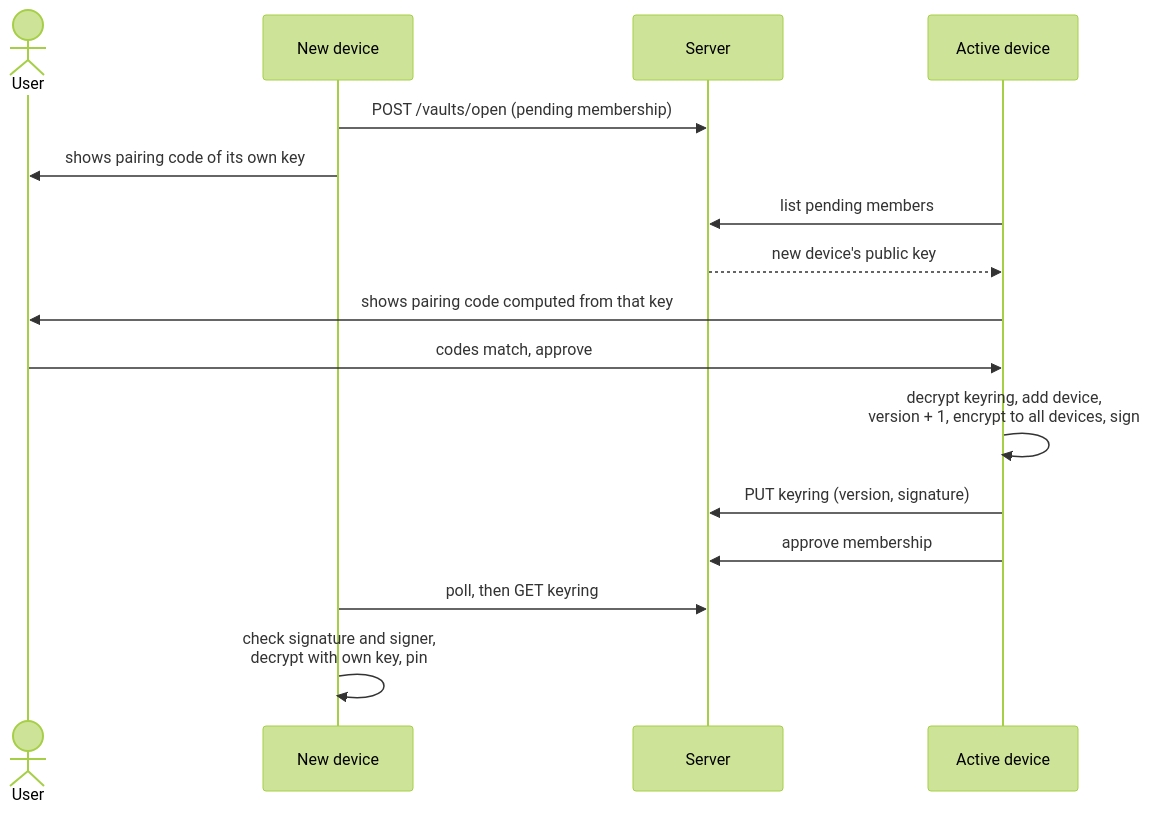
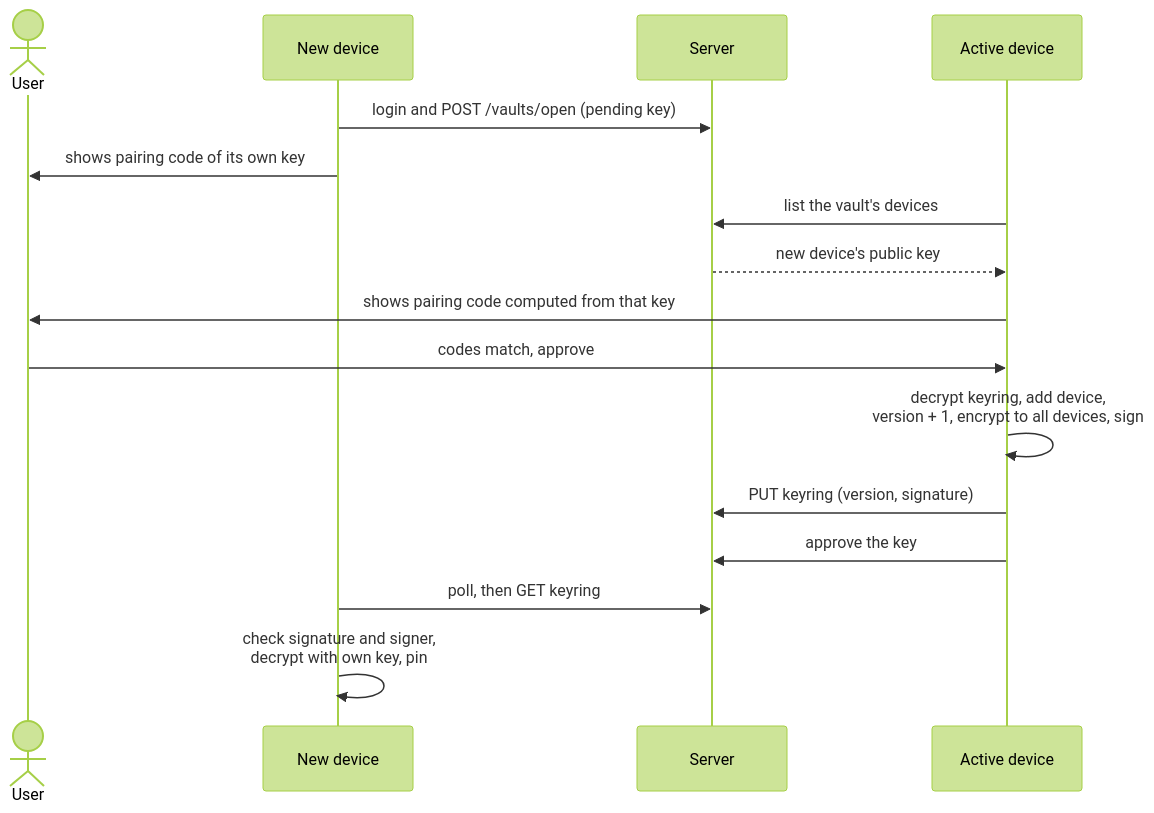
The fifth of 8 diagrams in docs/crypto.md (ibehren1/obsidian-vault-syncryption), drawn with Mermaid (forest theme) before and after one commit. The commit also changed other lines of this file and 51 other files, not shown here.

````diff
--- a/docs/crypto.md
+++ b/docs/crypto.md
@@ -365,18 +365,18 @@
 ```mermaid
 sequenceDiagram
     actor User
     participant New as New device
     participant S as Server
     participant Old as Active device
-    New->>S: POST /vaults/open (pending membership)
+    New->>S: login and POST /vaults/open (pending key)
     New->>User: shows pairing code of its own key
-    Old->>S: list pending members
+    Old->>S: list the vault's devices
     S-->>Old: new device's public key
     Old->>User: shows pairing code computed from that key
     User->>Old: codes match, approve
     Old->>Old: decrypt keyring, add device,<br/>version + 1, encrypt to all devices, sign
     Old->>S: PUT keyring (version, signature)
-    Old->>S: approve membership
+    Old->>S: approve the key
     New->>S: poll, then GET keyring
     New->>New: check signature and signer,<br/>decrypt with own key, pin
 ```
````
